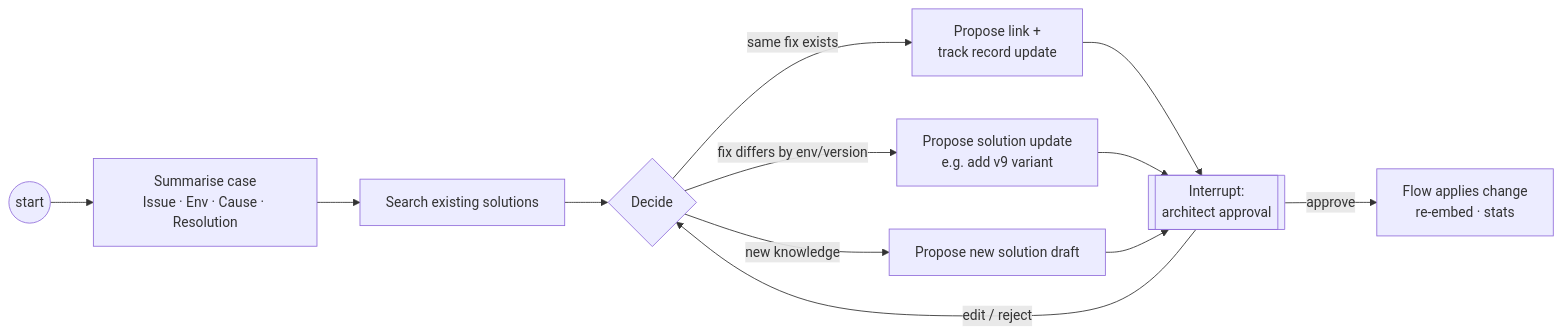
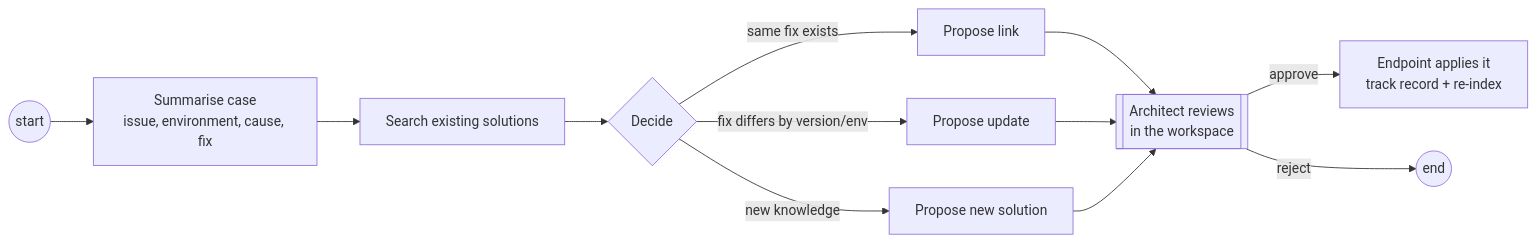
One commit to Maithiliii/viamedici-solution-platform changed the eighth of 10 diagrams in docs/02-product-implementation.md. Above: the diagram before and after it, drawn with Mermaid. The commit also changed other lines of this file and 2 other files, not shown here.

````diff
--- a/docs/02-product-implementation.md
+++ b/docs/02-product-implementation.md
@@ -516,12 +518,12 @@
 ```mermaid
 flowchart LR
-    S((start)) --> SUM[Summarise case<br/>Issue · Env · Cause · Resolution]
+    S((start)) --> SUM[Summarise case<br/>issue, environment, cause, fix]
     SUM --> DUP[Search existing solutions]
     DUP --> D{Decide}
-    D -->|same fix exists| LINK[Propose link +<br/>track record update]
-    D -->|fix differs by env/version| UPD[Propose solution update<br/>e.g. add v9 variant]
-    D -->|new knowledge| NEW[Propose new solution draft]
-    LINK & UPD & NEW --> INT[[Interrupt:<br/>architect approval]]
-    INT -->|approve| APPLY[Flow applies change<br/>re-embed · stats]
-    INT -->|edit / reject| D
+    D -->|same fix exists| LINK[Propose link]
+    D -->|fix differs by version/env| UPD[Propose update]
+    D -->|new knowledge| NEW[Propose new solution]
+    LINK & UPD & NEW --> INT[[Architect reviews<br/>in the workspace]]
+    INT -->|approve| APPLY[Endpoint applies it<br/>track record + re-index]
+    INT -->|reject| X((end))
 ```
````
